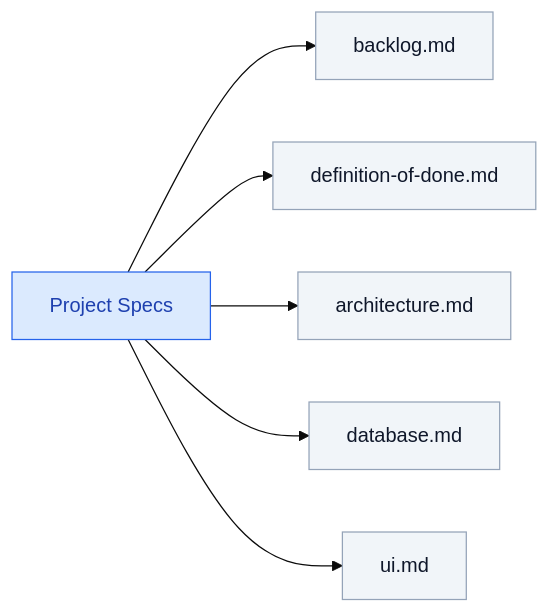
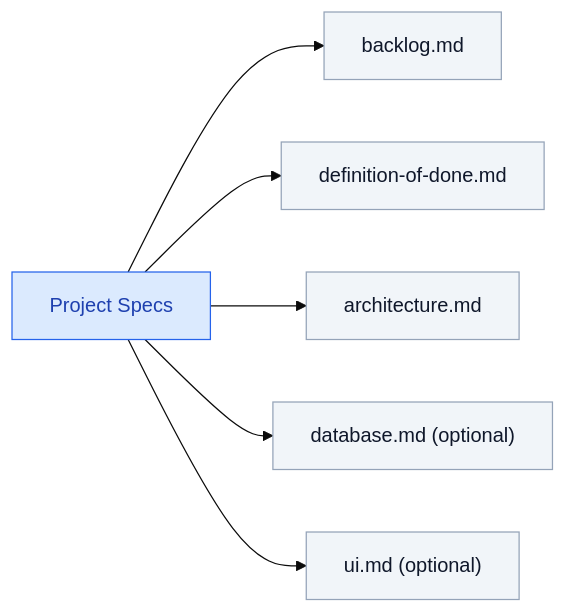
The third of 9 diagrams in README.md (mtov/AgileSpec), drawn with Mermaid (base theme) before and after one commit. The commit also changed other lines of this file, not shown here.

Commit message:
docs: clarify optional project specs and agile foundations

````diff
--- a/README.md
+++ b/README.md
@@ -120,15 +123,15 @@
 ```mermaid
 flowchart LR
     P["Project Specs"]
     P --> B["backlog.md"]
     P --> F["definition-of-done.md"]
     P --> A["architecture.md"]
-    P --> D["database.md"]
-    P --> U["ui.md"]
+    P --> D["database.md (optional)"]
+    P --> U["ui.md (optional)"]
 
     classDef root fill:#dbeafe,stroke:#2563eb,color:#1e40af
     classDef doc fill:#f1f5f9,stroke:#94a3b8,color:#0f172a
 
     class P root
     class B,A,D,U,F doc
 ```
````
